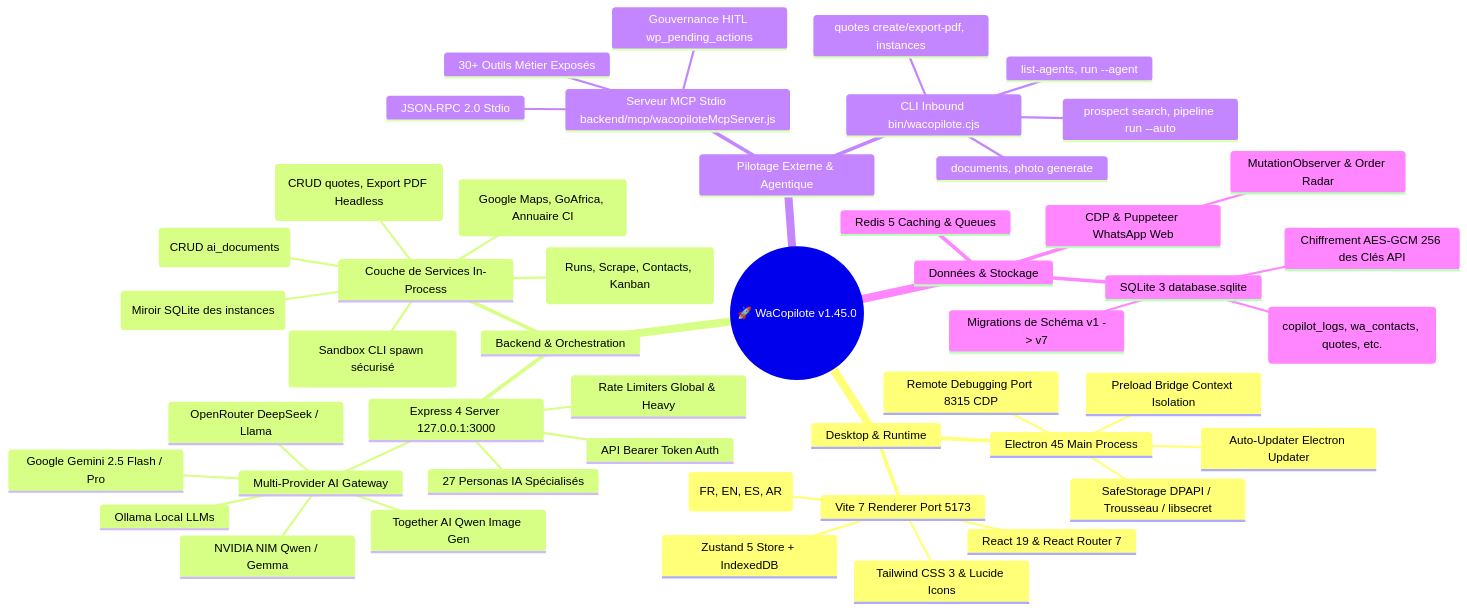
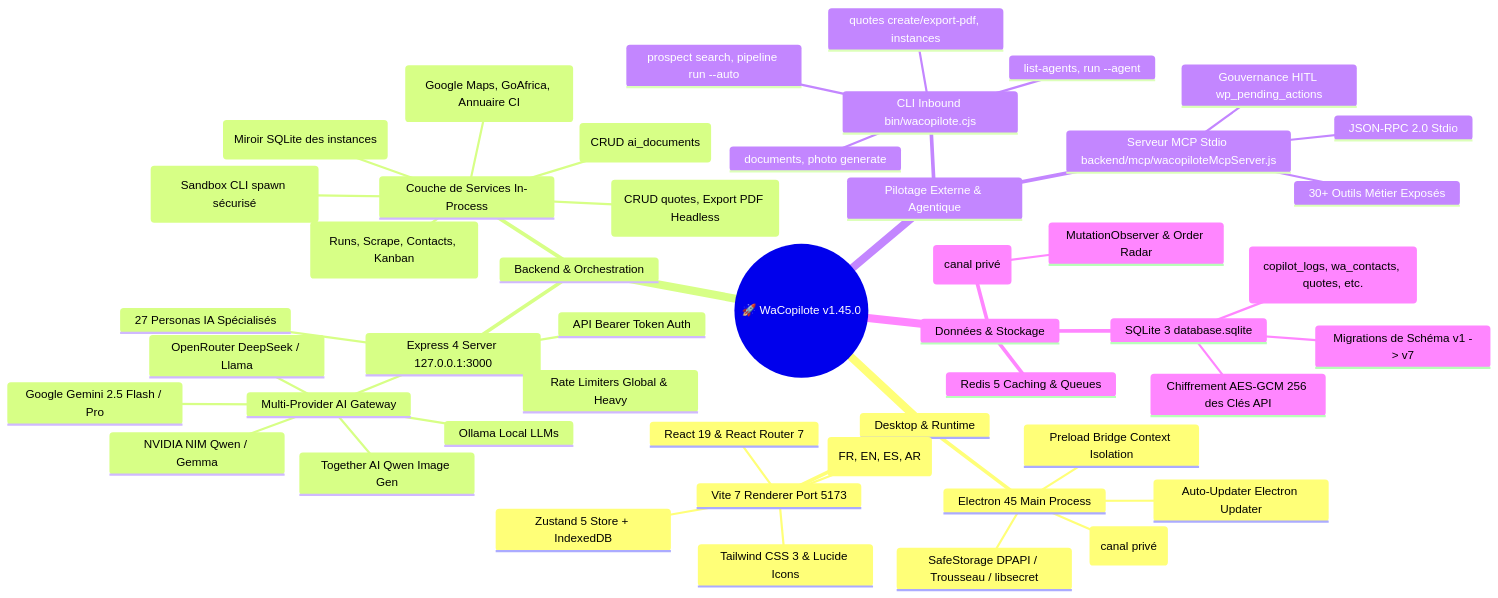
Before and after one commit to auceps-dev-team/lunar-nova: the first of 2 diagrams in whatsapp-ai-saas/docs/PROJECT_MENTAL_MAP.md, drawn with Mermaid. The commit also changed other lines of this file and 27 other files, not shown here.

````diff
--- a/whatsapp-ai-saas/docs/PROJECT_MENTAL_MAP.md
+++ b/whatsapp-ai-saas/docs/PROJECT_MENTAL_MAP.md
@@ -10,51 +10,51 @@
 ```mermaid
 mindmap
   root((🚀 WaCopilote v1.45.0))
     Desktop & Runtime
       Electron 45 Main Process
-        Remote Debugging Port 8315 CDP
+        Pilote WhatsApp (canal privé)
         SafeStorage DPAPI / Trousseau / libsecret
         Auto-Updater Electron Updater
         Preload Bridge Context Isolation
       Vite 7 Renderer Port 5173
         React 19 & React Router 7
         Zustand 5 Store + IndexedDB
         i18n Multi-langues (FR, EN, ES, AR)
         Tailwind CSS 3 & Lucide Icons
     Backend & Orchestration
       Express 4 Server 127.0.0.1:3000
         API Bearer Token Auth
         Rate Limiters Global & Heavy
         Multi-Provider AI Gateway
           Google Gemini 2.5 Flash / Pro
           OpenRouter DeepSeek / Llama
           NVIDIA NIM Qwen / Gemma
           Together AI Qwen Image Gen
           Ollama Local LLMs
         27 Personas IA Spécialisés
       Couche de Services In-Process
         pipelineService (Runs, Scrape, Contacts, Kanban)
         prospectionService (Google Maps, GoAfrica, Annuaire CI)
         documentsService (CRUD ai_documents)
         invoiceService (CRUD quotes, Export PDF Headless)
         waInstancesService (Miroir SQLite des instances)
         externalAgentRunner (Sandbox CLI spawn sécurisé)
     Pilotage Externe & Agentique
       CLI Inbound bin/wacopilote.cjs
         list-agents, run --agent
         prospect search, pipeline run --auto
         documents, photo generate
         quotes create/export-pdf, instances
       Serveur MCP Stdio backend/mcp/wacopiloteMcpServer.js
         JSON-RPC 2.0 Stdio
         30+ Outils Métier Exposés
         Gouvernance HITL wp_pending_actions
     Données & Stockage
       SQLite 3 database.sqlite
         Migrations de Schéma v1 -> v7
         Chiffrement AES-GCM 256 des Clés API
         Tables (copilot_logs, wa_contacts, quotes, etc.)
       Redis 5 Caching & Queues
-      CDP & Puppeteer WhatsApp Web
+      Pilote WhatsApp Web (canal privé)
         MutationObserver & Order Radar
 ```
````
